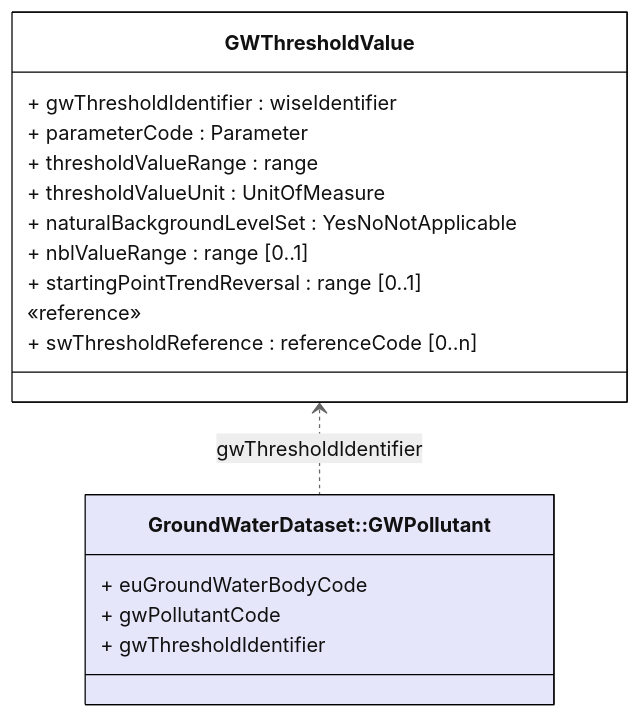
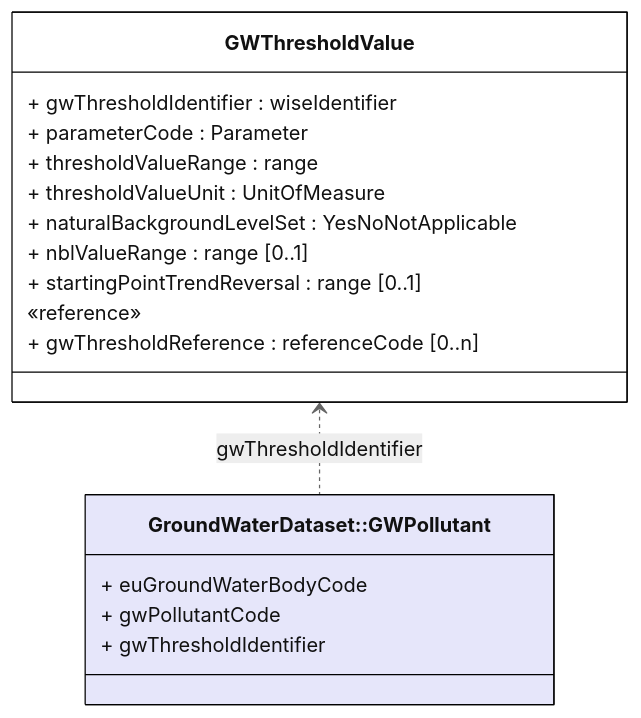
One commit to eeadata/WISE.WFD.Documentation changed the diagram in docs/DataModelReview/mmd/GroundwaterMethodologies_4thCycle_GWThresholdValue_ClassDiagram.mmd. Above: the diagram before and after it, drawn with Mermaid. The commit also changed 25 other files, not shown here.

```diff
--- a/docs/DataModelReview/mmd/GroundwaterMethodologies_4thCycle_GWThresholdValue_ClassDiagram.mmd
+++ b/docs/DataModelReview/mmd/GroundwaterMethodologies_4thCycle_GWThresholdValue_ClassDiagram.mmd
@@ -1,35 +1,35 @@
 ---
 config:
   class:
     hideEmptyMembersBox: true
   layout: dagre
   theme: neutral
   themeVariables:
     noteBkgColor: LightYellow
     noteTextColor: black 
 ---
 classDiagram
 class GWThresholdValue{
   + gwThresholdIdentifier : wiseIdentifier
   + parameterCode : Parameter
   + thresholdValueRange : range
   + thresholdValueUnit : UnitOfMeasure
   + naturalBackgroundLevelSet : YesNoNotApplicable
   + nblValueRange : range  [0..1] 
 
   + startingPointTrendReversal : range [0..1]
   «reference»
-  + swThresholdReference : referenceCode [0..n]
+  + gwThresholdReference : referenceCode [0..n]
 }
 
 class GWPollutant ["GroundWaterDataset::GWPollutant"]:::otherDataset{
   + euGroundWaterBodyCode
   + gwPollutantCode
   + gwThresholdIdentifier
 }
 
 GWThresholdValue <.. GWPollutant : gwThresholdIdentifier
 
 classDef default fill:white,stroke:#000;
 classDef otherDataset fill:lavender,stroke:#000;
 classDef forFixing fill:white,stroke:#f00;
```
